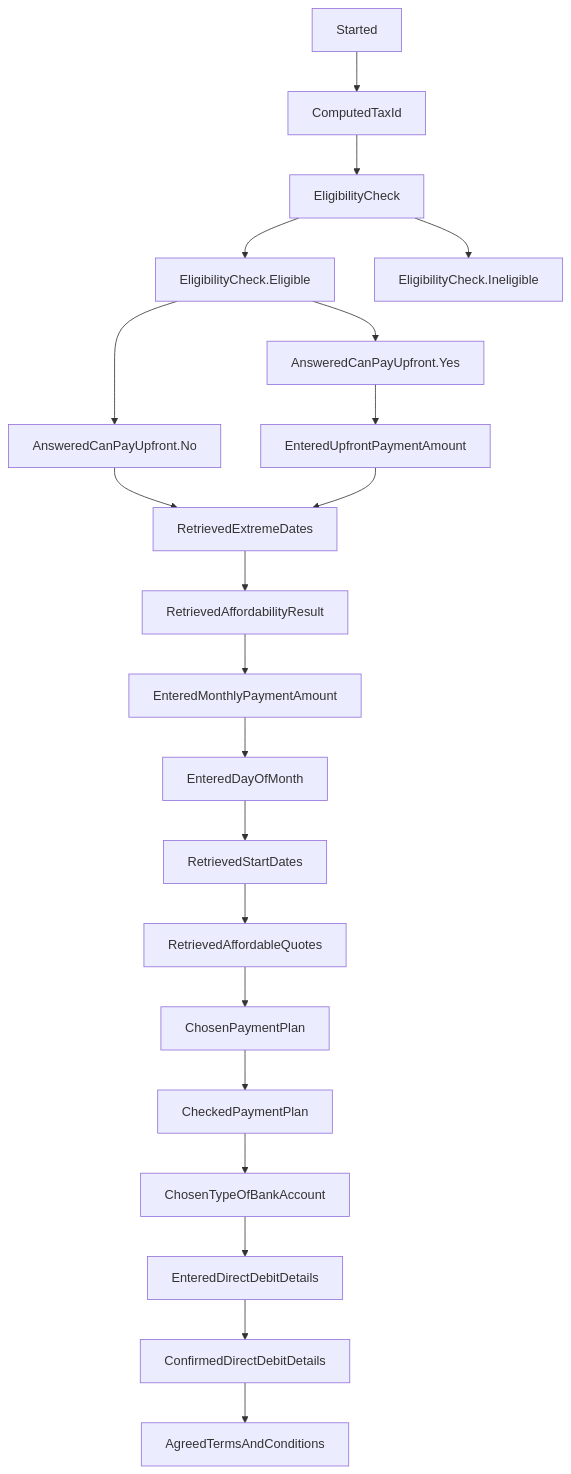
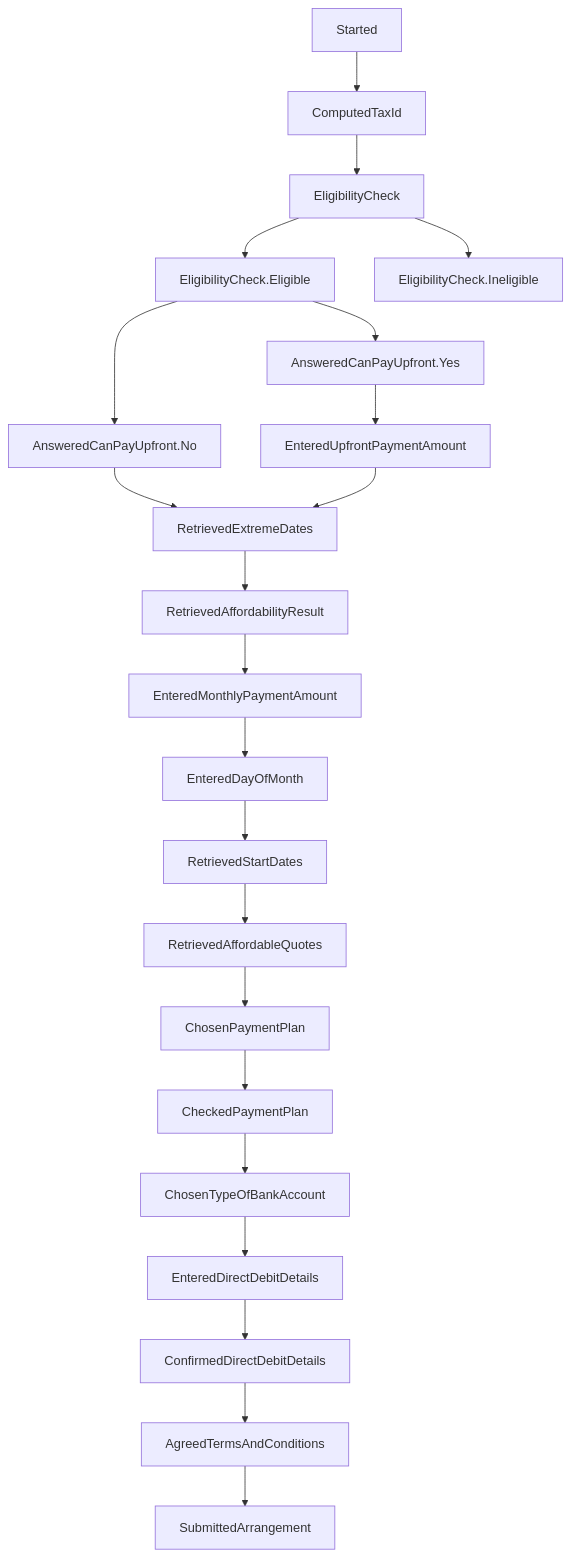
One commit to hmrc/essttp-backend changed the diagram in README.md. Above: the diagram before and after it, drawn with Mermaid. The commit also changed 38 other files, not shown here.

````diff
--- a/README.md
+++ b/README.md
@@ -16,22 +16,23 @@
 ```mermaid
 graph TD;
     Started --> ComputedTaxId;
     ComputedTaxId --> EligibilityCheck;
     EligibilityCheck --> EligibilityCheck.Eligible;
     EligibilityCheck --> EligibilityCheck.Ineligible;
     EligibilityCheck.Eligible --> AnsweredCanPayUpfront.Yes;
     EligibilityCheck.Eligible --> AnsweredCanPayUpfront.No;
     AnsweredCanPayUpfront.No --> RetrievedExtremeDates;
     AnsweredCanPayUpfront.Yes --> EnteredUpfrontPaymentAmount --> RetrievedExtremeDates;
     RetrievedExtremeDates --> RetrievedAffordabilityResult;
     RetrievedAffordabilityResult --> EnteredMonthlyPaymentAmount;
     EnteredMonthlyPaymentAmount --> EnteredDayOfMonth;
     EnteredDayOfMonth --> RetrievedStartDates;
     RetrievedStartDates --> RetrievedAffordableQuotes;
     RetrievedAffordableQuotes --> ChosenPaymentPlan;
     ChosenPaymentPlan --> CheckedPaymentPlan;
     CheckedPaymentPlan --> ChosenTypeOfBankAccount;
     ChosenTypeOfBankAccount --> EnteredDirectDebitDetails;
     EnteredDirectDebitDetails --> ConfirmedDirectDebitDetails;
     ConfirmedDirectDebitDetails --> AgreedTermsAndConditions;
+    AgreedTermsAndConditions --> SubmittedArrangement;
 ```
````
